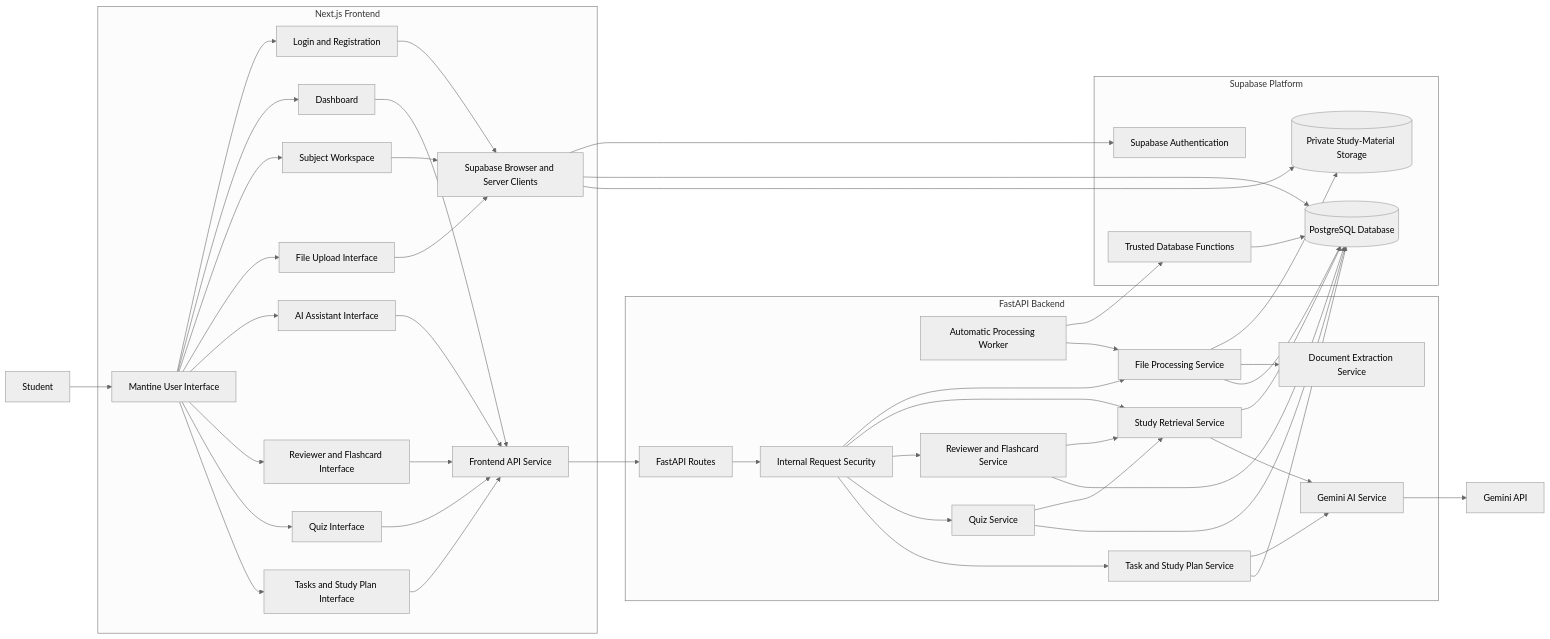
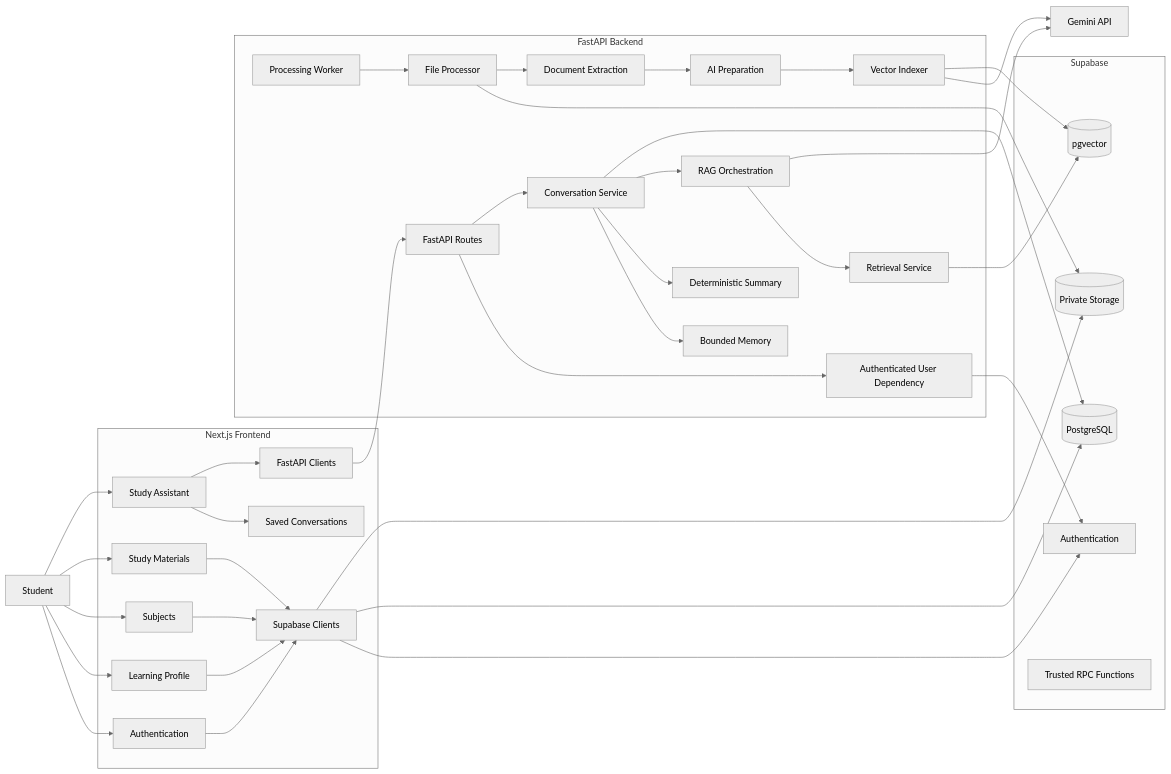
The first of 14 diagrams in docs/ARCHITECTURE.md (jianna-acc/stsp-capstone), drawn with Mermaid (neutral theme) before and after one commit. The commit also changed other lines of this file and 67 other files, not shown here.

Commit message:
feat: add persistent Study Assistant conversations

````diff
--- a/docs/ARCHITECTURE.md
+++ b/docs/ARCHITECTURE.md
@@ -38,91 +51,87 @@
 ```mermaid
 flowchart LR
-    USER["Student"]
+    STUDENT["Student"]
 
     subgraph FRONTEND["Next.js Frontend"]
-        UI["Mantine User Interface"]
-        AUTH_UI["Login and Registration"]
-        DASHBOARD["Dashboard"]
-        SUBJECT_UI["Subject Workspace"]
-        FILE_UI["File Upload Interface"]
-        CHAT_UI["AI Assistant Interface"]
-        REVIEWER_UI["Reviewer and Flashcard Interface"]
-        QUIZ_UI["Quiz Interface"]
-        PLAN_UI["Tasks and Study Plan Interface"]
-        API_SERVICE["Frontend API Service"]
-        SUPABASE_CLIENT["Supabase Browser and Server Clients"]
+        AUTH_UI["Authentication"]
+        ONBOARDING["Learning Profile"]
+        SUBJECT_UI["Subjects"]
+        FILE_UI["Study Materials"]
+        ASSISTANT["Study Assistant"]
+        HISTORY["Saved Conversations"]
+
+        SUPABASE_CLIENT["Supabase Clients"]
+        API_CLIENT["FastAPI Clients"]
     end
 
     subgraph BACKEND["FastAPI Backend"]
         API["FastAPI Routes"]
-        SECURITY["Internal Request Security"]
-        FILE_PROCESSOR["File Processing Service"]
-        WORKER["Automatic Processing Worker"]
-        EXTRACTION["Document Extraction Service"]
-        RETRIEVAL["Study Retrieval Service"]
-        AI_SERVICE["Gemini AI Service"]
-        REVIEWER_SERVICE["Reviewer and Flashcard Service"]
-        QUIZ_SERVICE["Quiz Service"]
-        PLAN_SERVICE["Task and Study Plan Service"]
+        AUTH_DEP["Authenticated User Dependency"]
+
+        PROCESSOR["File Processor"]
+        WORKER["Processing Worker"]
+        EXTRACTION["Document Extraction"]
+
+        PREPARATION["AI Preparation"]
+        VECTOR_INDEXER["Vector Indexer"]
+
+        RETRIEVAL["Retrieval Service"]
+        RAG["RAG Orchestration"]
+
+        CONVERSATION["Conversation Service"]
+        MEMORY["Bounded Memory"]
+        SUMMARY["Deterministic Summary"]
     end
 
-    subgraph SUPABASE["Supabase Platform"]
-        AUTH["Supabase Authentication"]
-        DATABASE[("PostgreSQL Database")]
-        STORAGE[("Private Study-Material Storage")]
-        RPC["Trusted Database Functions"]
+    subgraph SUPABASE["Supabase"]
+        AUTH["Authentication"]
+        DATABASE[("PostgreSQL")]
+        STORAGE[("Private Storage")]
+        VECTOR[("pgvector")]
+        RPC["Trusted RPC Functions"]
     end
 
     GEMINI["Gemini API"]
 
-    USER --> UI
-
-    UI --> AUTH_UI
-    UI --> DASHBOARD
-    UI --> SUBJECT_UI
-    UI --> FILE_UI
-    UI --> CHAT_UI
-    UI --> REVIEWER_UI
-    UI --> QUIZ_UI
-    UI --> PLAN_UI
+    STUDENT --> AUTH_UI
+    STUDENT --> ONBOARDING
+    STUDENT --> SUBJECT_UI
+    STUDENT --> FILE_UI
+    STUDENT --> ASSISTANT
 
     AUTH_UI --> SUPABASE_CLIENT
+    ONBOARDING --> SUPABASE_CLIENT
     SUBJECT_UI --> SUPABASE_CLIENT
     FILE_UI --> SUPABASE_CLIENT
-    DASHBOARD --> API_SERVICE
-    CHAT_UI --> API_SERVICE
-    REVIEWER_UI --> API_SERVICE
-    QUIZ_UI --> API_SERVICE
-    PLAN_UI --> API_SERVICE
 
     SUPABASE_CLIENT --> AUTH
     SUPABASE_CLIENT --> DATABASE
     SUPABASE_CLIENT --> STORAGE
 
-    API_SERVICE --> API
-    API --> SECURITY
-    SECURITY --> FILE_PROCESSOR
-    SECURITY --> RETRIEVAL
-    SECURITY --> REVIEWER_SERVICE
-    SECURITY --> QUIZ_SERVICE
-    SECURITY --> PLAN_SERVICE
+    ASSISTANT --> HISTORY
+    ASSISTANT --> API_CLIENT
 
-    WORKER --> RPC
-    RPC --> DATABASE
-    WORKER --> FILE_PROCESSOR
-    FILE_PROCESSOR --> STORAGE
-    FILE_PROCESSOR --> EXTRACTION
-    FILE_PROCESSOR --> DATABASE
+    API_CLIENT --> API
+    API --> AUTH_DEP
+    AUTH_DEP --> AUTH
 
-    RETRIEVAL --> DATABASE
-    RETRIEVAL --> AI_SERVICE
-    REVIEWER_SERVICE --> RETRIEVAL
-    QUIZ_SERVICE --> RETRIEVAL
-    PLAN_SERVICE --> AI_SERVICE
+    WORKER --> PROCESSOR
+    PROCESSOR --> STORAGE
+    PROCESSOR --> EXTRACTION
+    EXTRACTION --> PREPARATION
+    PREPARATION --> VECTOR_INDEXER
 
-    AI_SERVICE --> GEMINI
+    VECTOR_INDEXER --> GEMINI
+    VECTOR_INDEXER --> VECTOR
 
-    REVIEWER_SERVICE --> DATABASE
-    QUIZ_SERVICE --> DATABASE
-    PLAN_SERVICE --> DATABASE
+    API --> CONVERSATION
+    CONVERSATION --> MEMORY
+    CONVERSATION --> SUMMARY
+    CONVERSATION --> RAG
+
+    RAG --> RETRIEVAL
+    RETRIEVAL --> VECTOR
+    RAG --> GEMINI
+
+    CONVERSATION --> DATABASE
 ```
````
